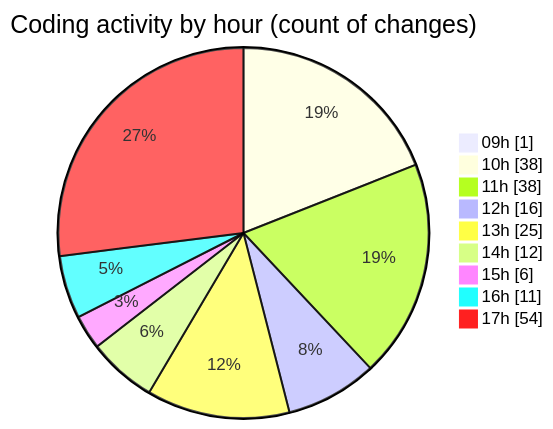
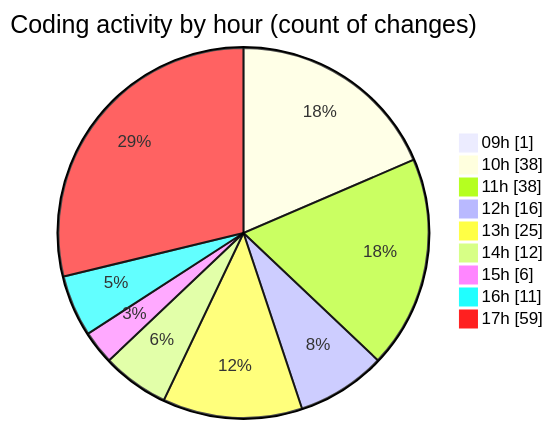
The second of 2 diagrams in 2026-01-07/cda/README.md (momahboobian/code-tracking), drawn with Mermaid before and after one commit. The commit also changed other lines of this file and 1 other file, not shown here.

````diff
--- a/2026-01-07/cda/README.md
+++ b/2026-01-07/cda/README.md
@@ -62,13 +62,13 @@
 ```mermaid
 pie showData
 title Coding activity by hour (count of changes)
 "09h" : 1
 "10h" : 38
 "11h" : 38
 "12h" : 16
 "13h" : 25
 "14h" : 12
 "15h" : 6
 "16h" : 11
-"17h" : 54
+"17h" : 59
 ```
````
